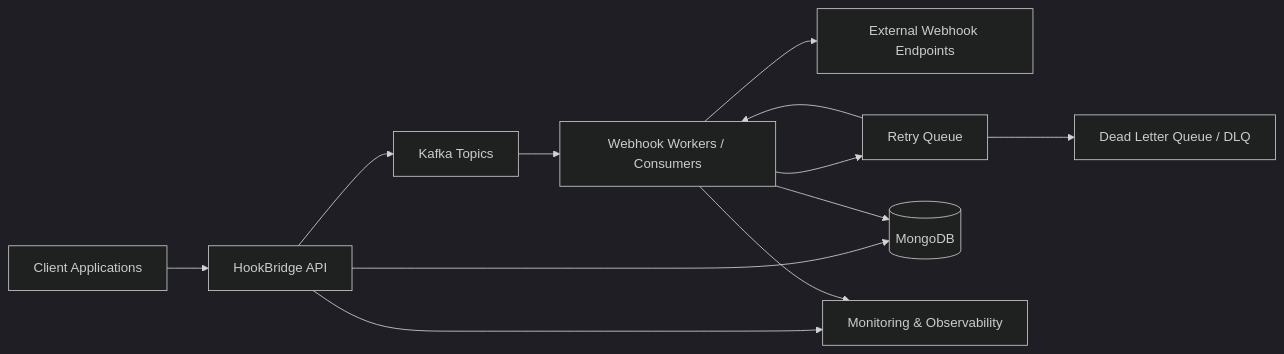
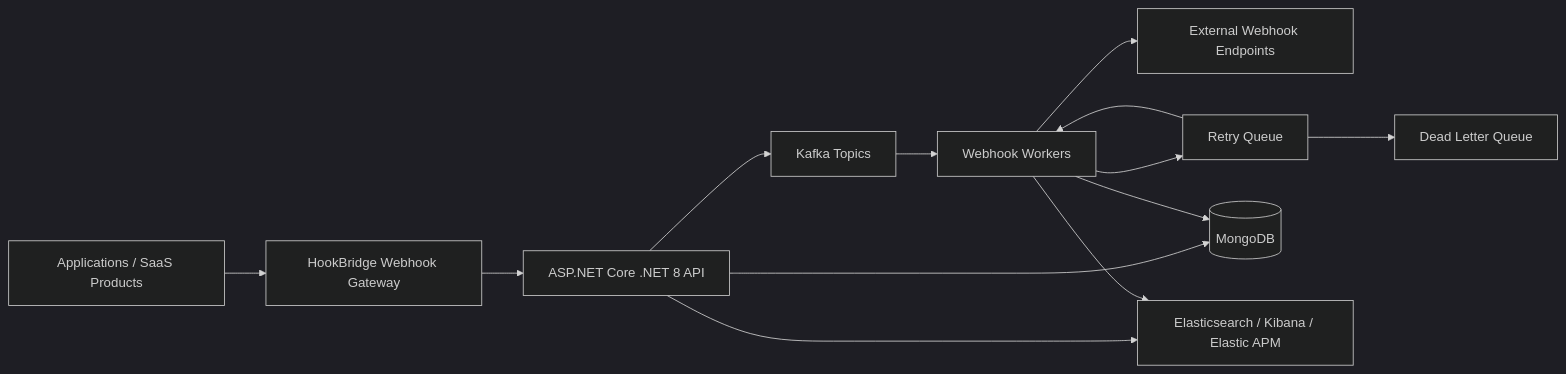
One commit to skm00/HookBridge changed the diagram in README.md. Above: the diagram before and after it, drawn with Mermaid (dark theme). The commit also changed other lines of this file and 1 other file, not shown here.

````diff
--- a/README.md
+++ b/README.md
@@ -220,17 +99,18 @@
 ```mermaid
 flowchart LR
-    Clients[Client Applications] --> API[HookBridge API]
+    Producers[Applications / SaaS Products] --> Gateway[HookBridge Webhook Gateway]
+    Gateway --> API[ASP.NET Core .NET 8 API]
     API --> Kafka[Kafka Topics]
-    Kafka --> Workers[Webhook Workers / Consumers]
-    Workers --> Endpoints[External Webhook Endpoints]
+    Kafka --> Workers[Webhook Workers]
+    Workers --> Targets[External Webhook Endpoints]
 
     Workers --> Retry[Retry Queue]
     Retry --> Workers
-    Retry --> DLQ[Dead Letter Queue / DLQ]
+    Retry --> DLQ[Dead Letter Queue]
 
     API --> Mongo[(MongoDB)]
     Workers --> Mongo
 
-    API --> Monitoring[Monitoring & Observability]
-    Workers --> Monitoring
+    API --> Observability[Elasticsearch / Kibana / Elastic APM]
+    Workers --> Observability
 ```
````
